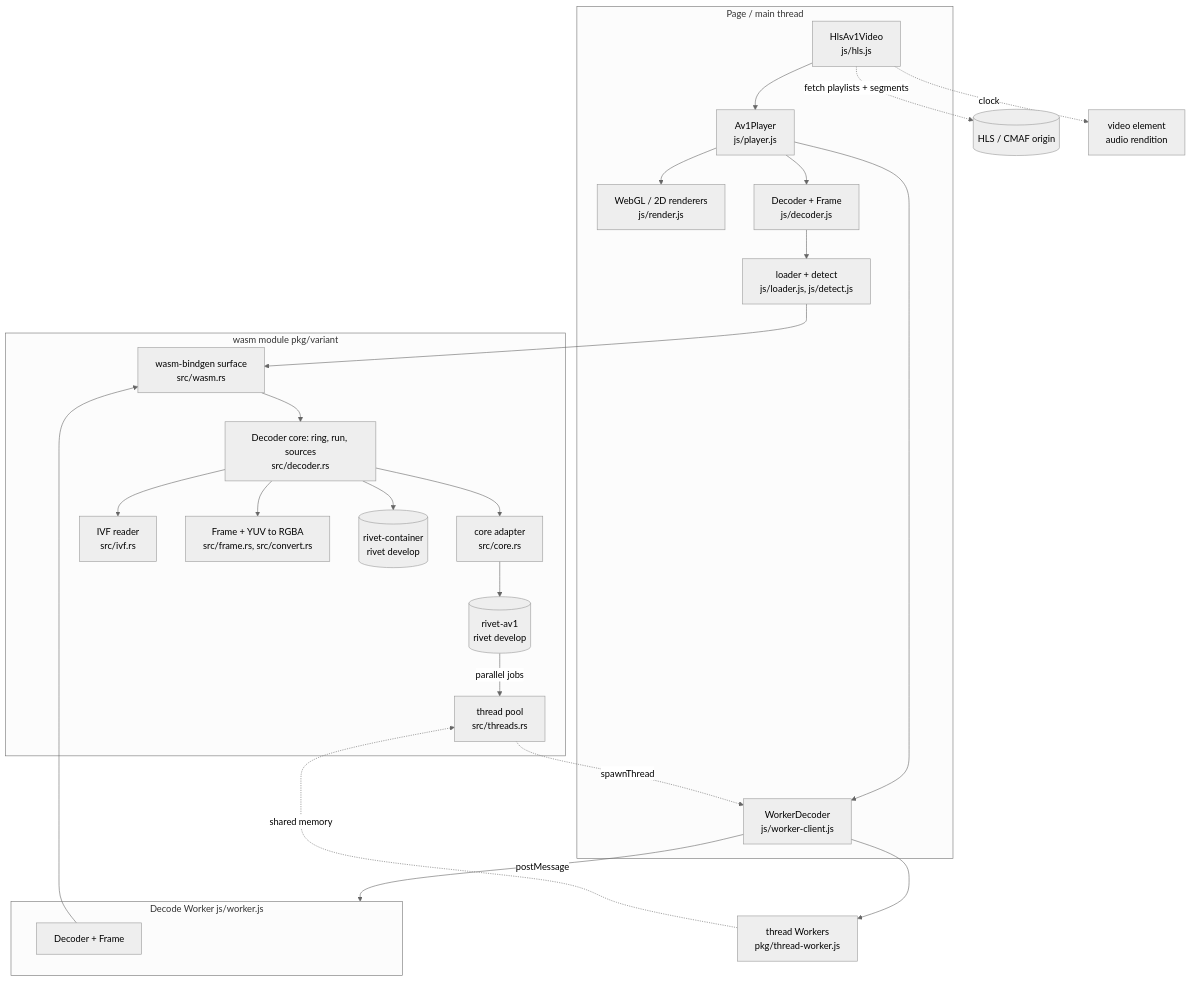
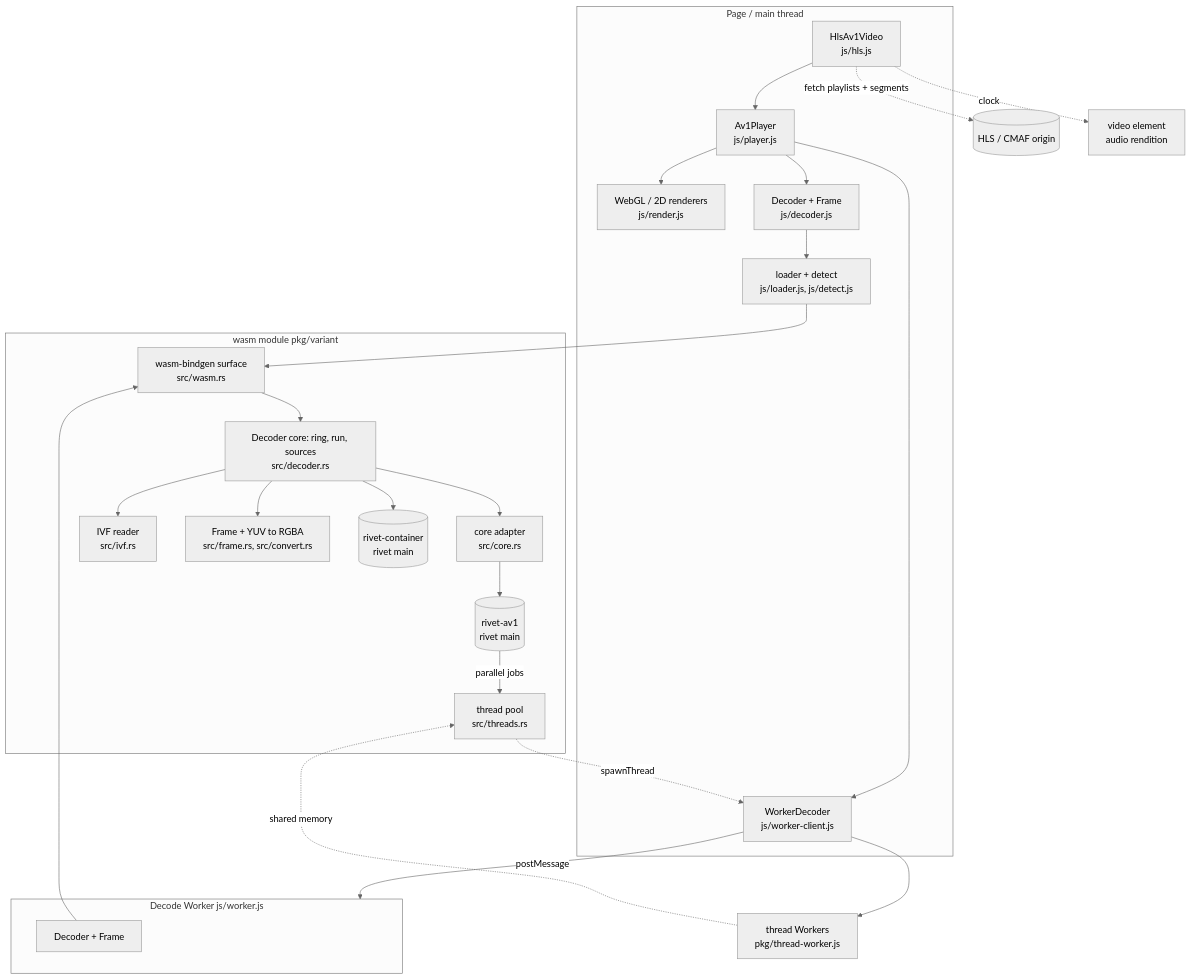
Before and after one commit to safewords/wasm-av1: the diagram in docs/features/README.md, drawn with Mermaid (neutral theme). The commit also changed 7 other files, not shown here.

Commit message:
Take the two rivet packages from rivet's main branch, which was brought up to develop; the pinned revision is unchanged.

````diff
--- a/docs/features/README.md
+++ b/docs/features/README.md
@@ -26,41 +26,41 @@
 ```mermaid
 flowchart TB
   subgraph page[Page / main thread]
     hls[HlsAv1Video<br/>js/hls.js]
     player[Av1Player<br/>js/player.js]
     render[WebGL / 2D renderers<br/>js/render.js]
     wclient[WorkerDecoder<br/>js/worker-client.js]
     jsdec[Decoder + Frame<br/>js/decoder.js]
     loader[loader + detect<br/>js/loader.js, js/detect.js]
   end
   subgraph worker[Decode Worker  js/worker.js]
     wdec[Decoder + Frame]
   end
   subgraph wasm[wasm module  pkg/variant]
     bind[wasm-bindgen surface<br/>src/wasm.rs]
     core[Decoder core: ring, run, sources<br/>src/decoder.rs]
     adapter[core adapter<br/>src/core.rs]
     ivf[IVF reader<br/>src/ivf.rs]
     frame[Frame + YUV to RGBA<br/>src/frame.rs, src/convert.rs]
     threads[thread pool<br/>src/threads.rs]
-    rivetav1[(rivet-av1<br/>rivet develop)]
-    rivet[(rivet-container<br/>rivet develop)]
+    rivetav1[(rivet-av1<br/>rivet main)]
+    rivet[(rivet-container<br/>rivet main)]
   end
   tw[thread Workers<br/>pkg/thread-worker.js]
 
   hls --> player --> render
   player --> jsdec
   player --> wclient -- postMessage --> worker
   jsdec --> loader --> bind
   wdec --> bind
   bind --> core
   core --> ivf
   core --> rivet
   core --> adapter
   adapter --> rivetav1
   core --> frame
   rivetav1 -- parallel jobs --> threads -. spawnThread .-> wclient --> tw
   tw -. shared memory .-> threads
   hls -. fetch playlists + segments .-> cdn[(HLS / CMAF origin)]
   hls -. clock .-> video[video element<br/>audio rendition]
 ```
````
